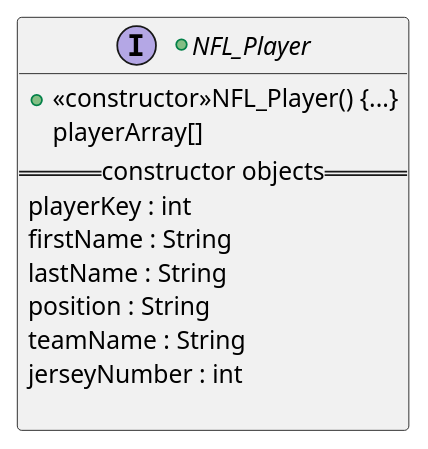
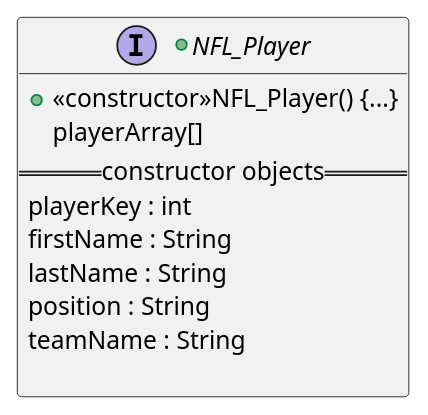
One commit to Malleas/cst_105 changed the diagram in src/Final_Project/NFL Player.puml. Above: the diagram before and after it, drawn with PlantUML. The commit also changed 2 other files, not shown here.

```diff
--- a/src/Final_Project/NFL Player.puml
+++ b/src/Final_Project/NFL Player.puml
@@ -1,16 +1,15 @@
 @startuml
 +interface NFL_Player{
 +<<constructor>>NFL_Player() {...}
 playerArray[]
 ==constructor objects==
 playerKey : int
 firstName : String
 lastName : String
 position : String
 teamName : String
-jerseyNumber : int
 
 }
 
 
 @enduml
```
